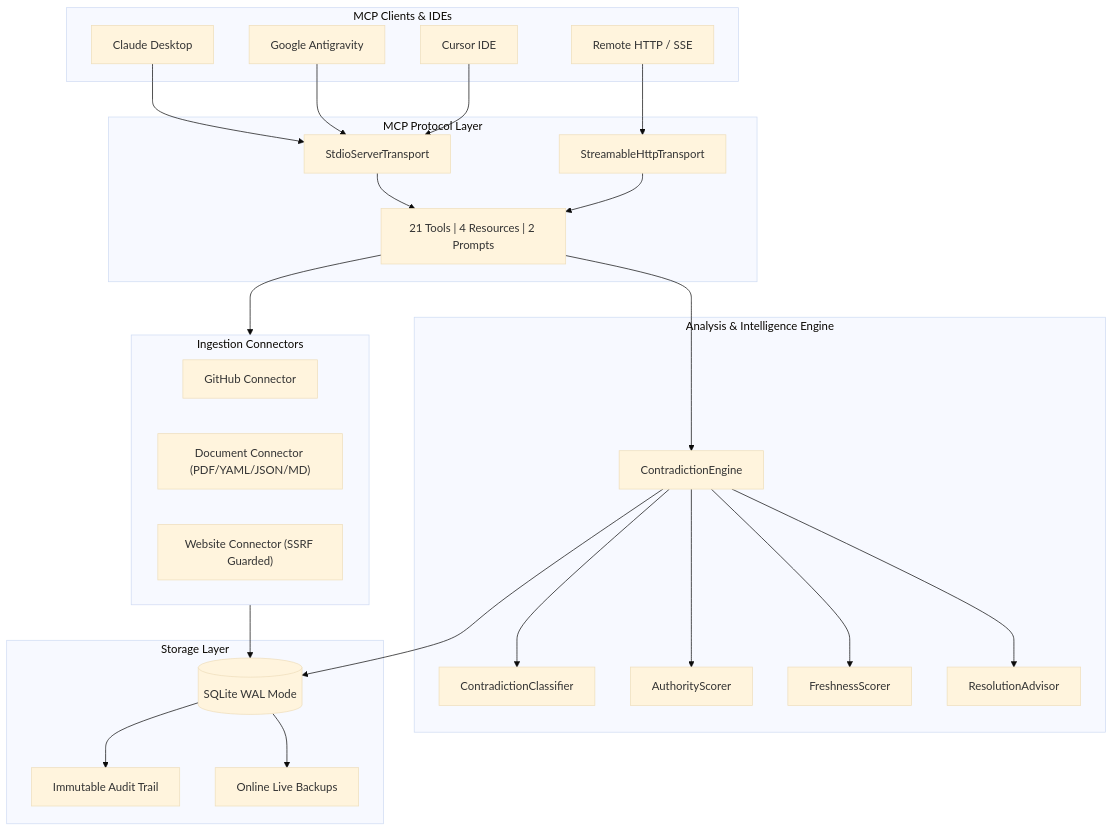
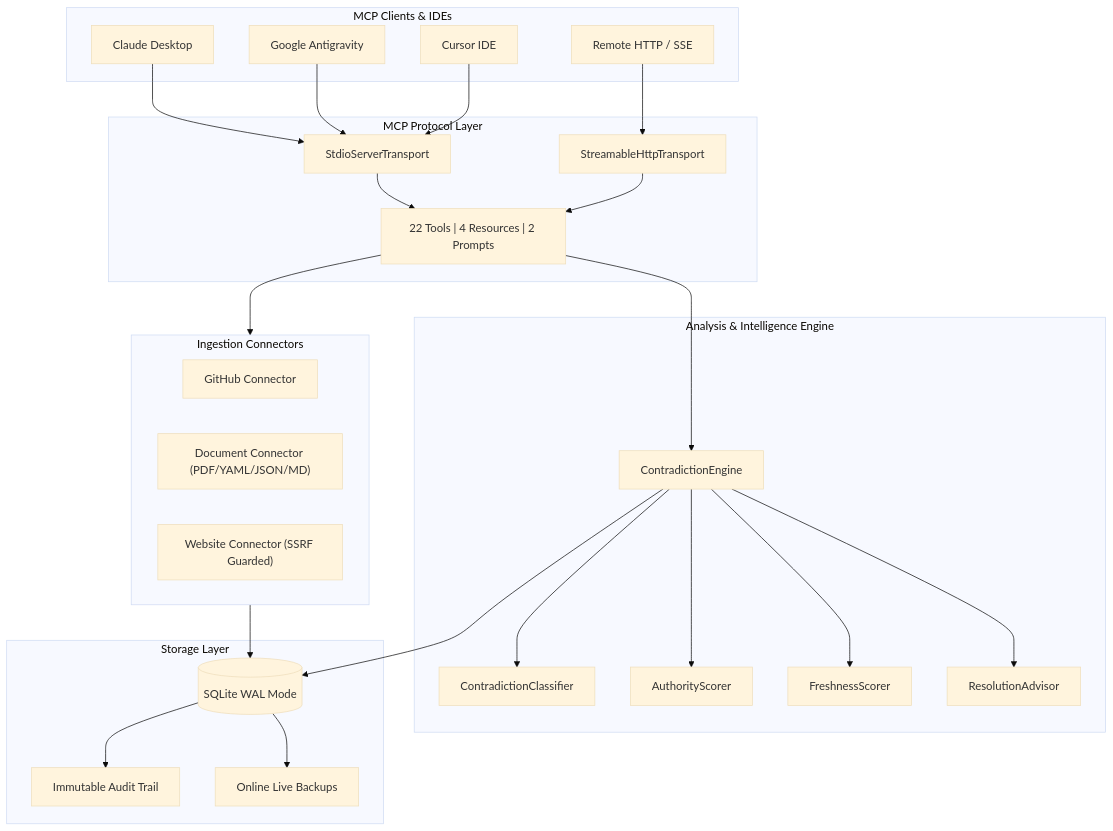
One commit to Daksh-create349/Contradiction-MCP changed the diagram in README.md. Above: the diagram before and after it, drawn with Mermaid (base theme). The commit also changed other lines of this file and 13 other files, not shown here.

````diff
--- a/README.md
+++ b/README.md
@@ -112,56 +112,56 @@
 ```mermaid
 flowchart TD
     subgraph Clients["MCP Clients & IDEs"]
         Claude["Claude Desktop"]
         AGY["Google Antigravity"]
         Cursor["Cursor IDE"]
         HTTP["Remote HTTP / SSE"]
     end
 
     subgraph Protocol["MCP Protocol Layer"]
         StdioT["StdioServerTransport"]
         HttpT["StreamableHttpTransport"]
-        Router["21 Tools | 4 Resources | 2 Prompts"]
+        Router["22 Tools | 4 Resources | 2 Prompts"]
     end
 
     subgraph Core["Analysis & Intelligence Engine"]
         Engine["ContradictionEngine"]
         Classifier["ContradictionClassifier"]
         Authority["AuthorityScorer"]
         Freshness["FreshnessScorer"]
         Advisor["ResolutionAdvisor"]
     end
 
     subgraph Connectors["Ingestion Connectors"]
         GH["GitHub Connector"]
         DOC["Document Connector (PDF/YAML/JSON/MD)"]
         WEB["Website Connector (SSRF Guarded)"]
     end
 
     subgraph Storage["Storage Layer"]
         DB[(SQLite WAL Mode)]
         Audit["Immutable Audit Trail"]
         Backups["Online Live Backups"]
     end
 
     Claude --> StdioT
     AGY --> StdioT
     Cursor --> StdioT
     HTTP --> HttpT
 
     StdioT --> Router
     HttpT --> Router
 
     Router --> Engine
     Router --> Connectors
 
     Connectors --> DB
     Engine --> Classifier
     Engine --> Authority
     Engine --> Freshness
     Engine --> Advisor
 
     Engine --> DB
     DB --> Audit
     DB --> Backups
 ```
````
